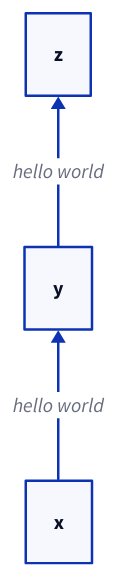
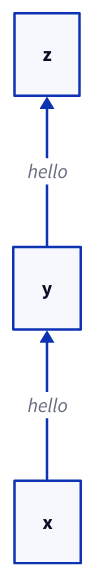
Before and after one commit to terrastruct/d2-docs: the second of 2 diagrams in docs/tour/layouts.md, drawn with D2. The commit also changed other lines of this file and 34 other files, not shown here.

````diff
--- a/docs/tour/layouts.md
+++ b/docs/tour/layouts.md
@@ -58,4 +58,4 @@
 ```d2
 direction: up
-x -> y -> z: hello world
+x -> y -> z: hello
 ```
````
